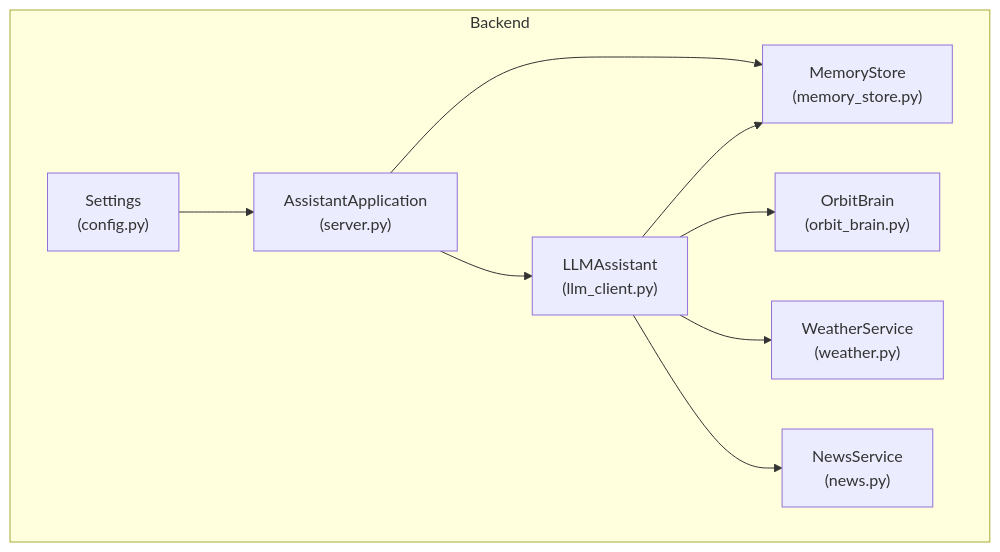
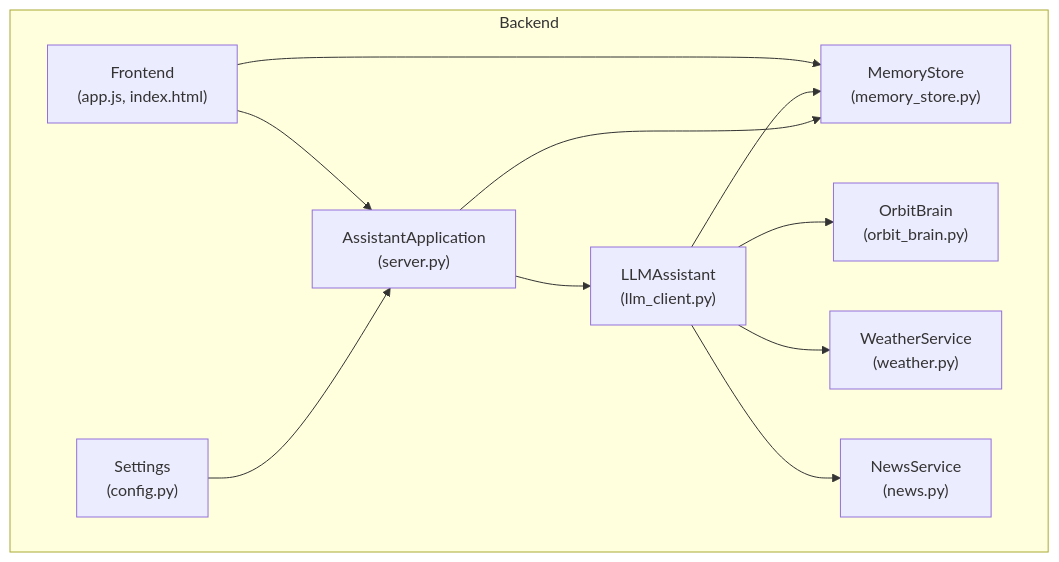
One commit to Sovetsky-Soyuz/AI-Assistant changed the first of 9 diagrams in .qoder/repowiki/en/content/Backend Components/AI Assistant Engine/Memory Integration and Data Persistence.md. Above: the diagram before and after it, drawn with Mermaid. The commit also changed other lines of this file and 15 other files, not shown here.

````diff
--- a/.qoder/repowiki/en/content/Backend Components/AI Assistant Engine/Memory Integration and Data Persistence.md
+++ b/.qoder/repowiki/en/content/Backend Components/AI Assistant Engine/Memory Integration and Data Persistence.md
@@ -38,19 +51,22 @@
 ```mermaid
 graph TB
 subgraph "Backend"
 CFG["Settings<br/>(config.py)"]
 SRV["AssistantApplication<br/>(server.py)"]
 MS["MemoryStore<br/>(memory_store.py)"]
 OB["OrbitBrain<br/>(orbit_brain.py)"]
 LLM["LLMAssistant<br/>(llm_client.py)"]
 W["WeatherService<br/>(weather.py)"]
 N["NewsService<br/>(news.py)"]
+END["Frontend<br/>(app.js, index.html)"]
 end
 CFG --> SRV
 SRV --> MS
 SRV --> LLM
 LLM --> OB
 LLM --> MS
 LLM --> W
 LLM --> N
+END --> SRV
+END --> MS
 ```
````
